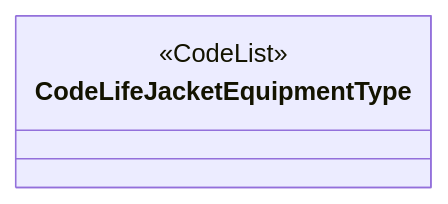
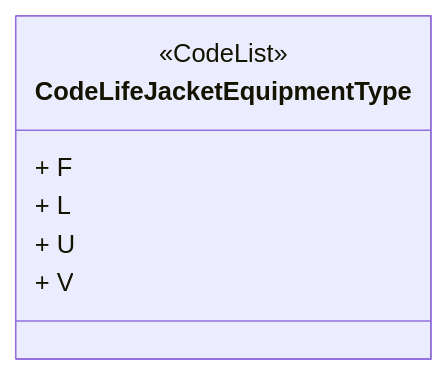
One commit to hlepori/testAIRM changed diagram 37 of 46 in README.md. Above: the diagram before and after it, drawn with Mermaid. The commit also changed other lines of this file, not shown here.

````diff
--- a/README.md
+++ b/README.md
@@ -751,5 +840,9 @@
 ```mermaid	
 classDiagram	
 class CodeLifeJacketEquipmentType	
 <<CodeList>> CodeLifeJacketEquipmentType	
+CodeLifeJacketEquipmentType : + F	
+CodeLifeJacketEquipmentType : + L	
+CodeLifeJacketEquipmentType : + U	
+CodeLifeJacketEquipmentType : + V	
 ```	
````
